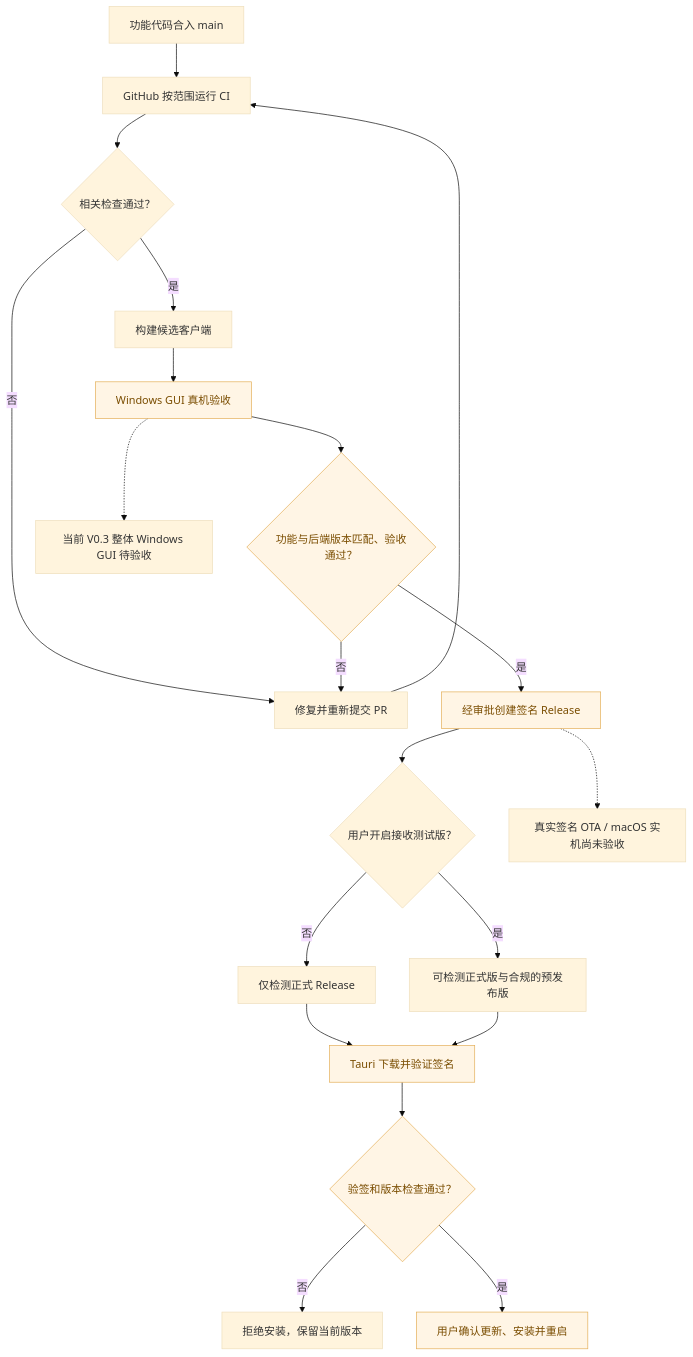
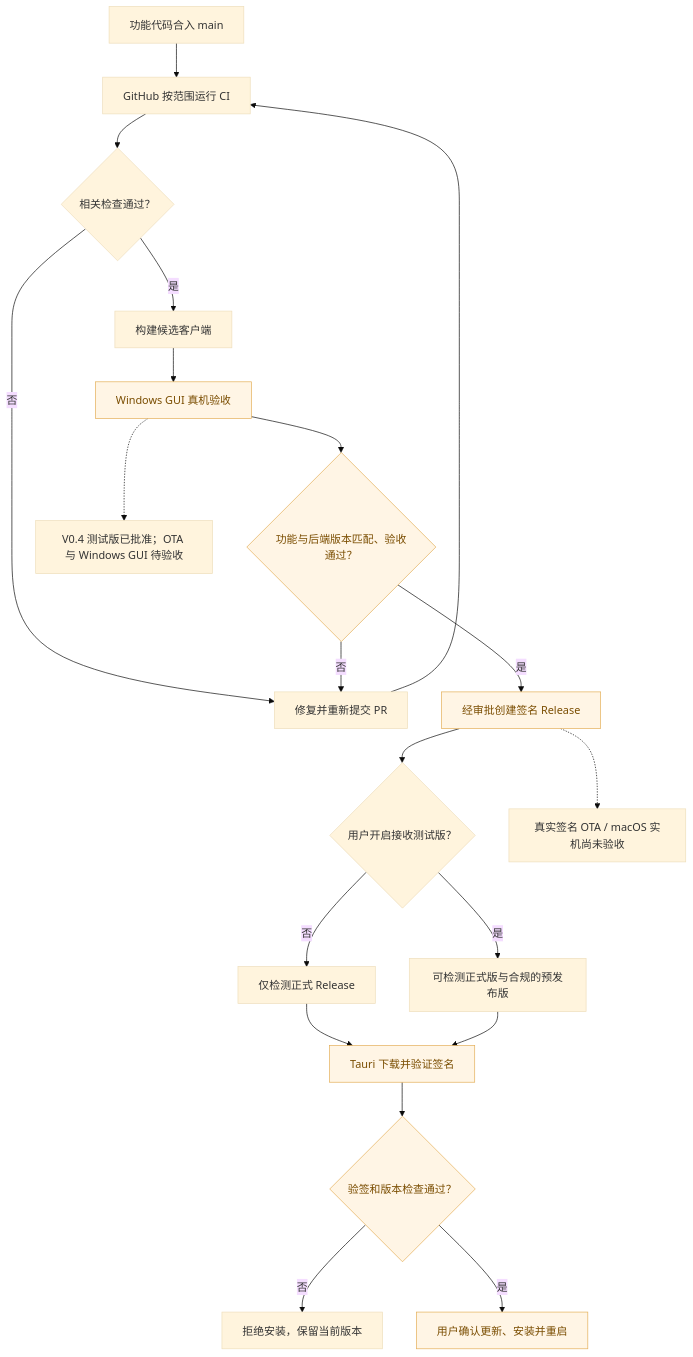
The ninth of 9 diagrams in docs/product/FEATURE-STATUS.md (Fan6512/una-seller), drawn with Mermaid (base theme) before and after one commit. The commit also changed other lines of this file and 1 other file, not shown here.

```diff
--- a/docs/product/FEATURE-STATUS.md
+++ b/docs/product/FEATURE-STATUS.md
@@ -378,26 +379,26 @@
 ~~~mermaid
 flowchart TD
     A["功能代码合入 main"] --> B["GitHub 按范围运行 CI"]
     B --> C{"相关检查通过？"}
     C -->|否| D["修复并重新提交 PR"]
     D --> B
     C -->|是| E["构建候选客户端"]
     E --> F["Windows GUI 真机验收"]
     F --> G{"功能与后端版本匹配、验收通过？"}
     G -->|否| D
     G -->|是| H["经审批创建签名 Release"]
     H --> I{"用户开启接收测试版？"}
     I -->|否| J["仅检测正式 Release"]
     I -->|是| K["可检测正式版与合规的预发布版"]
     J --> L["Tauri 下载并验证签名"]
     K --> L
     L --> M{"验签和版本检查通过？"}
     M -->|否| N["拒绝安装，保留当前版本"]
     M -->|是| O["用户确认更新、安装并重启"]
 
-    F -.-> P["当前 V0.3 整体 Windows GUI 待验收"]
+    F -.-> P["V0.4 测试版已批准；OTA 与 Windows GUI 待验收"]
     H -.-> Q["真实签名 OTA / macOS 实机尚未验收"]
 
     classDef verify fill:#fff5e5,color:#7a4d00,stroke:#e3ae56
     class F,G,H,L,M,O verify
 ~~~
```
